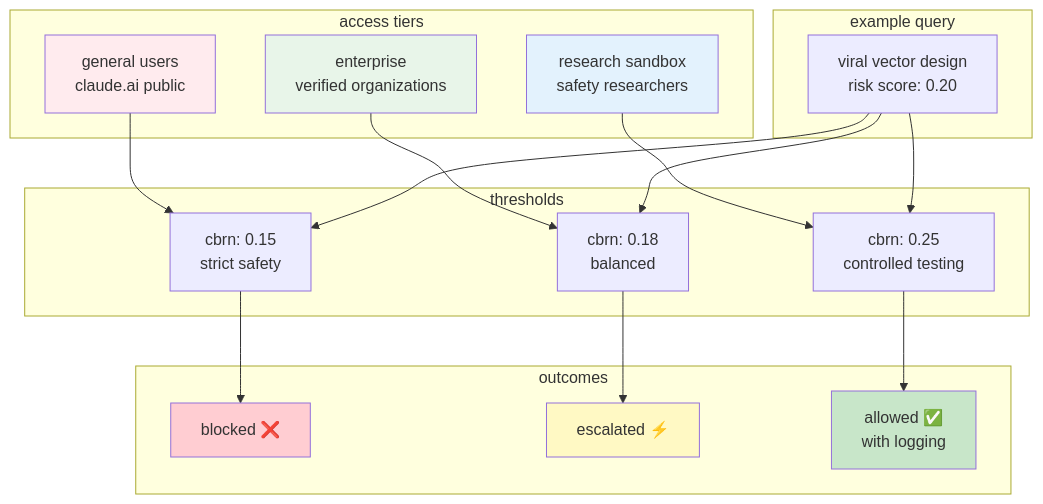
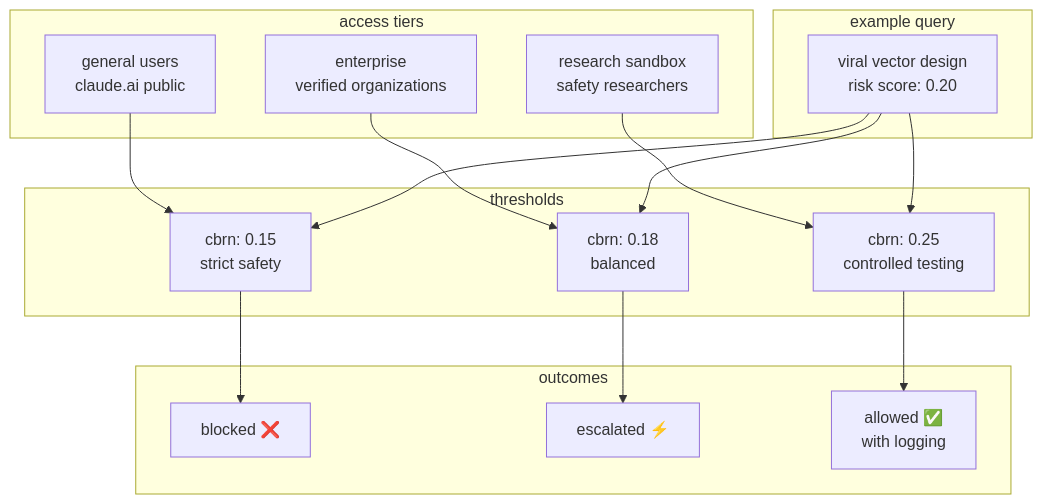
One commit to dipampaul17/cgcp changed the third of 4 diagrams in README.md. Above: the diagram before and after it, drawn with Mermaid. The commit also changed other lines of this file, not shown here.

Commit message:
fix mermaid diagrams for github rendering and center-align title

````diff
--- a/README.md
+++ b/README.md
@@ -176,39 +158,32 @@
 ```mermaid
 graph TD
     subgraph "access tiers"
         T1[general users<br/>claude.ai public]
         T2[enterprise<br/>verified organizations]
         T3[research sandbox<br/>safety researchers]
     end
     
     subgraph "thresholds"
         TH1[cbrn: 0.15<br/>strict safety]
         TH2[cbrn: 0.18<br/>balanced]
         TH3[cbrn: 0.25<br/>controlled testing]
     end
     
     subgraph "example query"
         Q[viral vector design<br/>risk score: 0.20]
     end
     
     subgraph "outcomes"
         O1[blocked ❌]
         O2[escalated ⚡]
         O3[allowed ✅<br/>with logging]
     end
     
     T1 --> TH1
     T2 --> TH2
     T3 --> TH3
     
     Q --> TH1 --> O1
     Q --> TH2 --> O2
     Q --> TH3 --> O3
-    
-    style T1 fill:#ffebee
-    style T2 fill:#e8f5e9
-    style T3 fill:#e3f2fd
-    style O1 fill:#ffcdd2
-    style O2 fill:#fff9c4
-    style O3 fill:#c8e6c9
 ```
````
